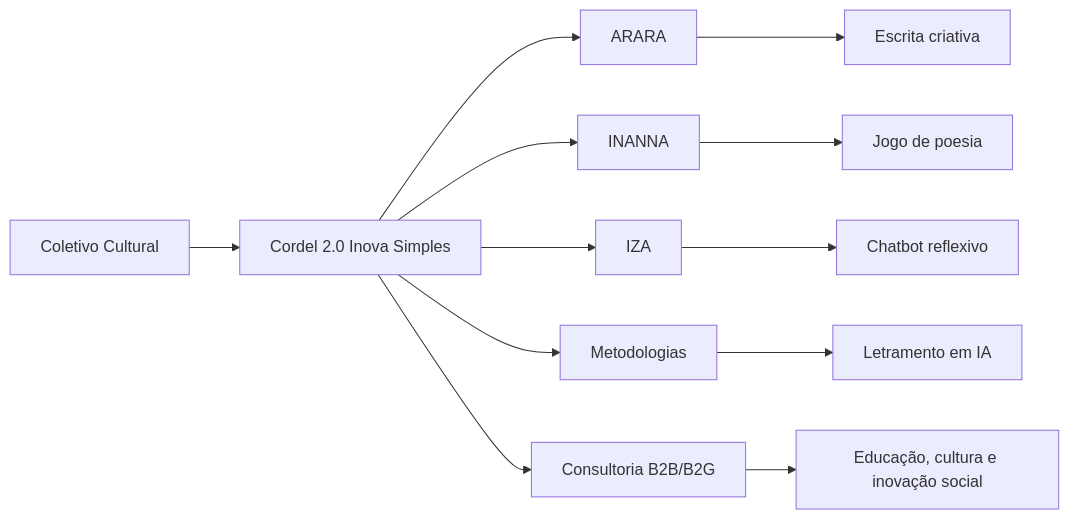
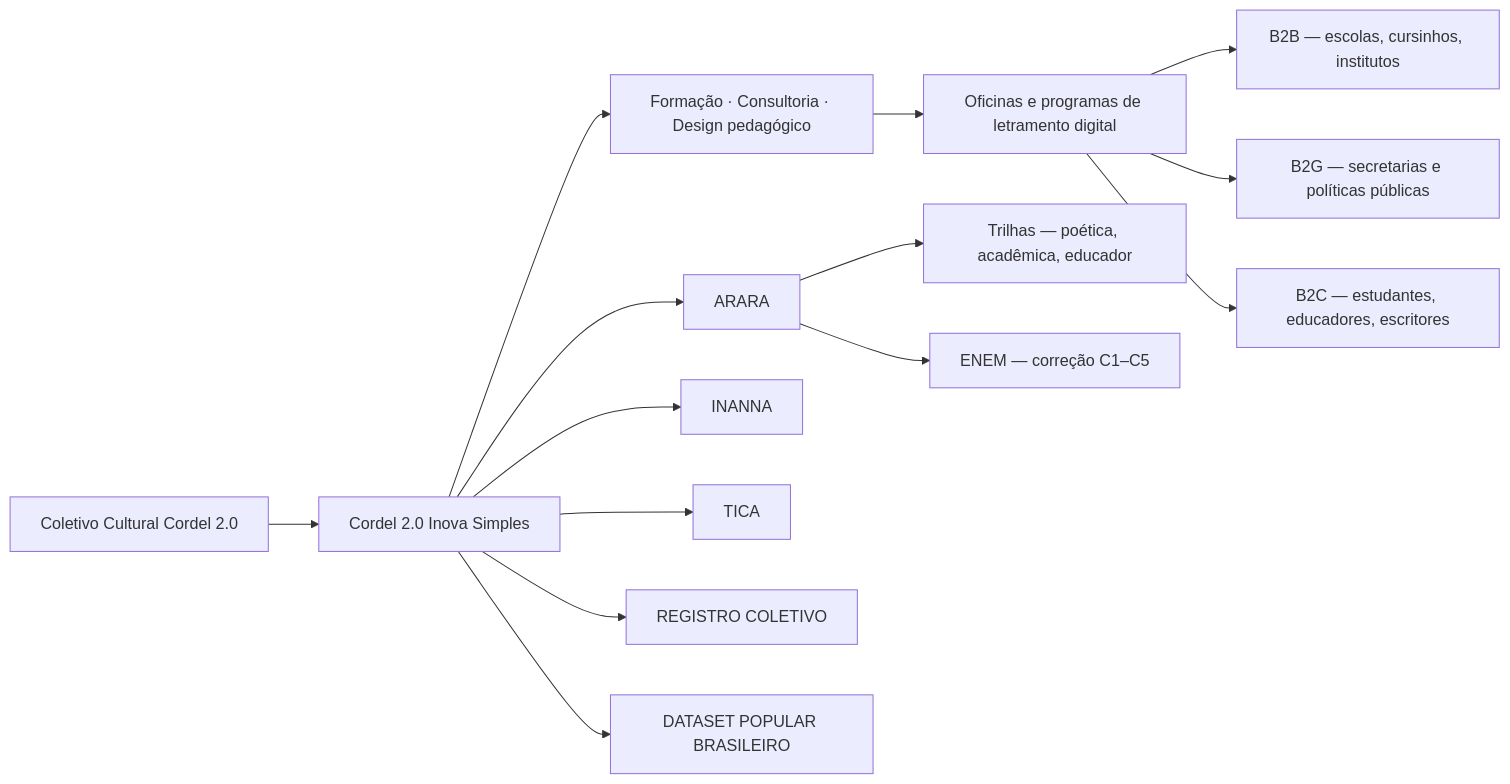
Before and after one commit to Cordel2pontozero/cordel2pontozero: the diagram in README.md, drawn with Mermaid. The commit also changed other lines of this file and 2 other files, not shown here.

First line of the commit message:
Reposiciona o perfil: formacao, consultoria e design pedagogico

````diff
--- a/README.md
+++ b/README.md
@@ -106,15 +144,19 @@
 ```mermaid
 flowchart LR
-    A[Coletivo Cultural] --> B[Cordel 2.0 Inova Simples]
+    A[Coletivo Cultural Cordel 2.0] --> B[Cordel 2.0 Inova Simples]
+    B --> M[Formação · Consultoria · Design pedagógico]
+    M --> N[Oficinas e programas de letramento digital]
+
     B --> C[ARARA]
+    C --> C1[Trilhas — poética, acadêmica, educador]
+    C --> C2[ENEM — correção C1–C5]
+
     B --> D[INANNA]
-    B --> E[IZA]
-    B --> F[Metodologias]
-    B --> G[Consultoria B2B/B2G]
+    B --> E[TICA]
+    B --> F[REGISTRO COLETIVO]
+    B --> G[DATASET POPULAR BRASILEIRO]
 
-    C --> H[Escrita criativa]
-    D --> I[Jogo de poesia]
-    E --> J[Chatbot reflexivo]
-    F --> K[Letramento em IA]
-    G --> L[Educação, cultura e inovação social]
+    N --> H[B2B — escolas, cursinhos, institutos]
+    N --> I[B2G — secretarias e políticas públicas]
+    N --> J[B2C — estudantes, educadores, escritores]
 ```
````
